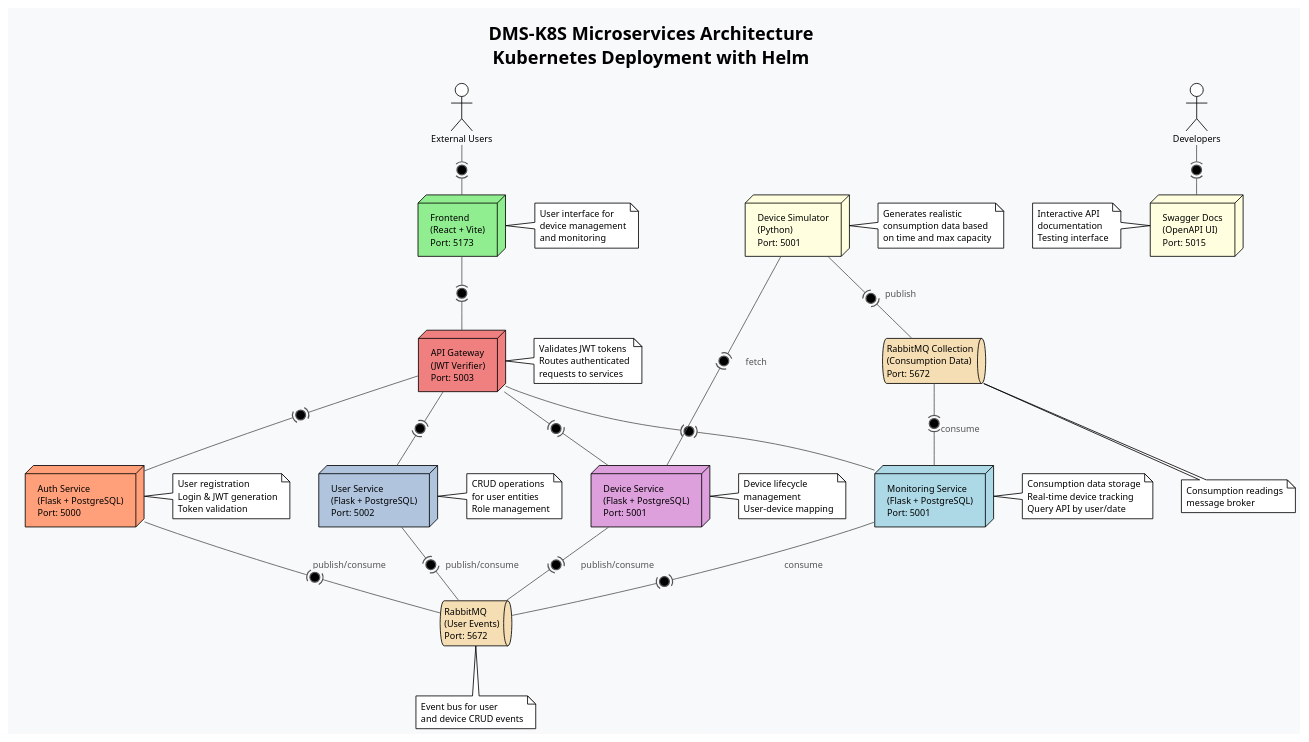
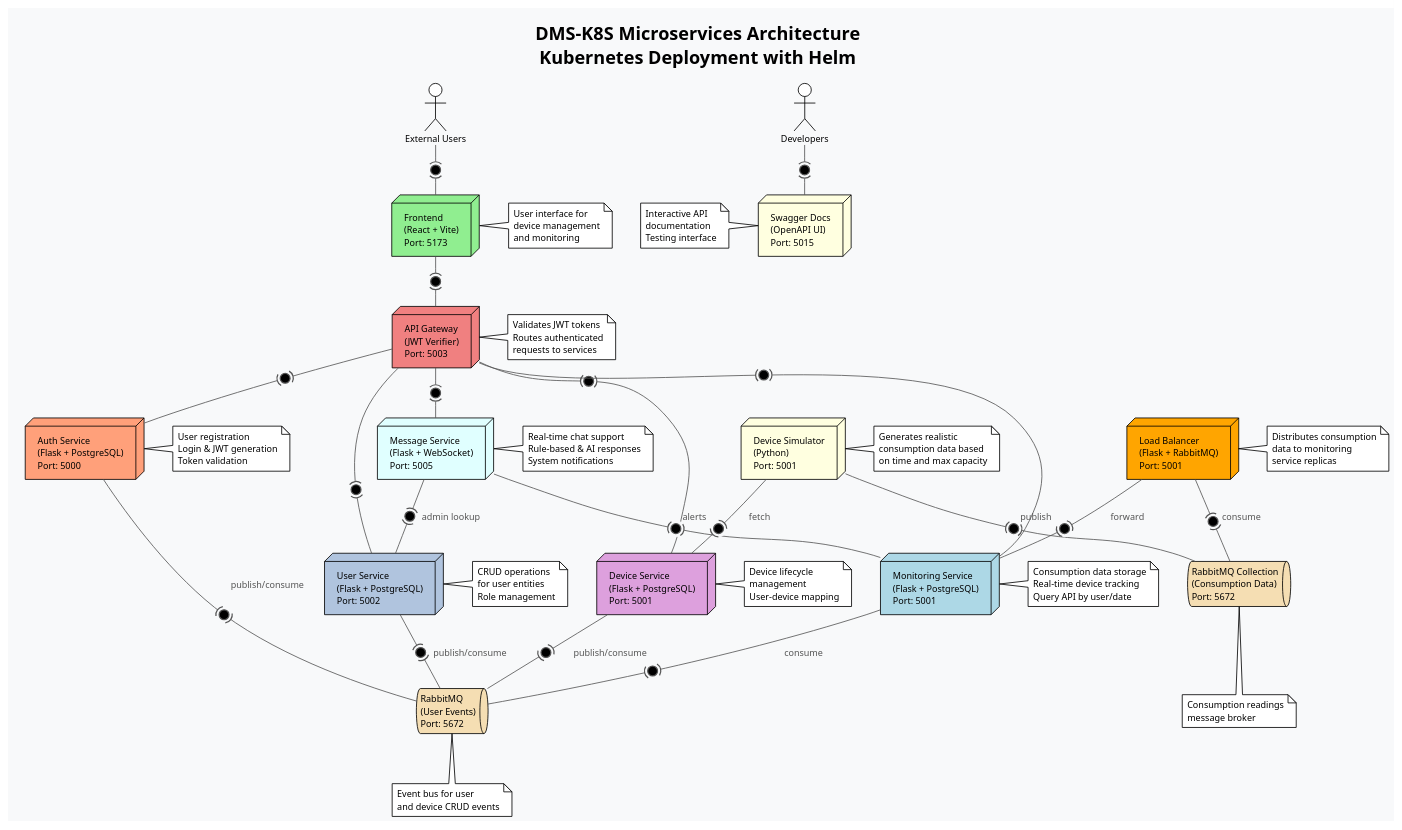
The diagram in deployment.puml (Simi445/DMS-K8S), drawn with PlantUML before and after one commit. The commit also changed 29 other files, not shown here.

```diff
--- a/deployment.puml
+++ b/deployment.puml
@@ -1,104 +1,123 @@
 @startuml
 !theme plain
 skinparam backgroundColor #f8f9fa
 skinparam defaultFontSize 11
 skinparam component {
   BackgroundColor white
   BorderColor #333333
   FontColor #000000
 }
 skinparam ArrowColor #555555
 skinparam ArrowFontColor #555555
 
 title **DMS-K8S Microservices Architecture**\nKubernetes Deployment with Helm
 
 actor "External Users" as Users
 actor "Developers" as Devs
 
 node "Frontend\n(React + Vite)\nPort: 5173" as Frontend #lightgreen
 note right of Frontend
   User interface for
   device management
   and monitoring
 end note
 
 node "API Gateway\n(JWT Verifier)\nPort: 5003" as Gateway #lightcoral
 note right of Gateway
   Validates JWT tokens
   Routes authenticated
   requests to services
 end note
 
 node "Auth Service\n(Flask + PostgreSQL)\nPort: 5000" as Auth #lightsalmon
 note right of Auth
   User registration
   Login & JWT generation
   Token validation
 end note
 
 node "User Service\n(Flask + PostgreSQL)\nPort: 5002" as User #lightsteelblue
 note right of User
   CRUD operations
   for user entities
   Role management
 end note
 
 node "Device Service\n(Flask + PostgreSQL)\nPort: 5001" as Device #plum
 note right of Device
   Device lifecycle
   management
   User-device mapping
 end note
 
 node "Monitoring Service\n(Flask + PostgreSQL)\nPort: 5001" as Monitoring #lightblue
 note right of Monitoring
   Consumption data storage
   Real-time device tracking
   Query API by user/date
 end note
 
+node "Message Service\n(Flask + WebSocket)\nPort: 5005" as MessageSvc #lightcyan
+note right of MessageSvc
+  Real-time chat support
+  Rule-based & AI responses
+  System notifications
+end note
+
 node "Device Simulator\n(Python)\nPort: 5001" as Simulator #lightyellow
 note right of Simulator
   Generates realistic
   consumption data based
   on time and max capacity
+end note
+
+node "Load Balancer\n(Flask + RabbitMQ)\nPort: 5001" as LoadBalancer #orange
+note right of LoadBalancer
+  Distributes consumption
+  data to monitoring
+  service replicas
 end note
 
 queue "RabbitMQ\n(User Events)\nPort: 5672" as RabbitMQ1 #wheat
 note bottom of RabbitMQ1
   Event bus for user
   and device CRUD events
 end note
 
 queue "RabbitMQ Collection\n(Consumption Data)\nPort: 5672" as RabbitMQ2 #wheat
 note bottom of RabbitMQ2
   Consumption readings
   message broker
 end note
 
 node "Swagger Docs\n(OpenAPI UI)\nPort: 5015" as Swagger #lightyellow
 note left of Swagger
   Interactive API
   documentation
   Testing interface
 end note
 
 Users -(0)- Frontend
 Frontend -(0)- Gateway
 Gateway -(0)- Auth
 Gateway -(0)- User
 Gateway -(0)- Device
 Gateway -(0)- Monitoring
+Gateway -(0)- MessageSvc
 
 Auth -(0)- RabbitMQ1 : publish/consume
 User -(0)- RabbitMQ1 : publish/consume
 Device -(0)- RabbitMQ1 : publish/consume
 Monitoring -(0)- RabbitMQ1 : consume
 
+MessageSvc -(0)- User : admin lookup
+MessageSvc -(0)- Monitoring : alerts
+
 Simulator -(0)- Device : fetch
 Simulator -(0)- RabbitMQ2 : publish
-RabbitMQ2 -(0)- Monitoring : consume
+LoadBalancer -(0)- RabbitMQ2 : consume
+LoadBalancer -(0)- Monitoring : forward
 
 Devs -(0)- Swagger
 
 @enduml
```
